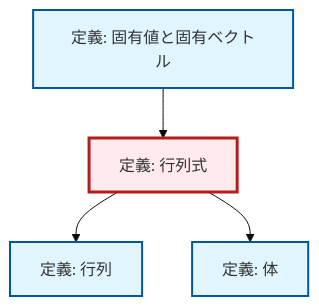
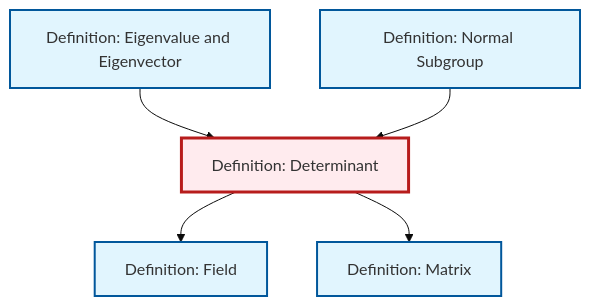
One commit to RK0429/ModernMath changed the diagram in content/ja/algebra/def-determinant.qmd. Above: the diagram before and after it, drawn with Mermaid (base theme). The commit also changed other lines of this file and 531 other files, not shown here.

````diff
--- a/content/ja/algebra/def-determinant.qmd
+++ b/content/ja/algebra/def-determinant.qmd
@@ -80,20 +80,23 @@
 ```{mermaid}
-%%| fig-cap: "ローカル依存関係グラフ"
+%%| fig-cap: "Local dependency graph"
 graph TD
     classDef definition fill:#e1f5fe,stroke:#01579b,stroke-width:2px
     classDef theorem fill:#f3e5f5,stroke:#4a148c,stroke-width:2px
     classDef axiom fill:#fff3e0,stroke:#e65100,stroke-width:2px
     classDef example fill:#e8f5e9,stroke:#1b5e20,stroke-width:2px
     classDef current fill:#ffebee,stroke:#b71c1c,stroke-width:3px
-    def-determinant["定義: 行列式"]:::definition
-    def-matrix["定義: 行列"]:::definition
-    def-field["定義: 体"]:::definition
-    def-eigenvalue-eigenvector["定義: 固有値と固有ベクトル"]:::definition
-    def-determinant --> def-matrix
+    def-field["Definition: Field"]:::definition
+    def-determinant["Definition: Determinant"]:::definition
+    def-normal-subgroup["Definition: Normal Subgroup"]:::definition
+    def-eigenvalue-eigenvector["Definition: Eigenvalue and Eigenvector"]:::definition
+    def-matrix["Definition: Matrix"]:::definition
     def-determinant --> def-field
     def-eigenvalue-eigenvector --> def-determinant
+    def-determinant --> def-matrix
+    def-normal-subgroup --> def-determinant
     class def-determinant current
-    click def-matrix "def-matrix.html" "行列の定義へ"
-    click def-field "def-field.html" "体の定義へ"
-    click def-eigenvalue-eigenvector "def-eigenvalue-eigenvector.html" "固有値と固有ベクトルの定義へ"
+    click def-field "def-field.html" "Definition: Fieldへ"
+    click def-normal-subgroup "def-normal-subgroup.html" "Definition: Normal Subgroupへ"
+    click def-eigenvalue-eigenvector "def-eigenvalue-eigenvector.html" "Definition: Eigenvalue and Eigenvectorへ"
+    click def-matrix "def-matrix.html" "Definition: Matrixへ"
 ```
````
